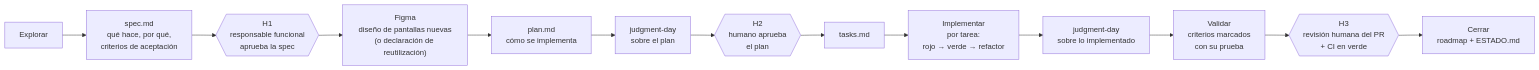
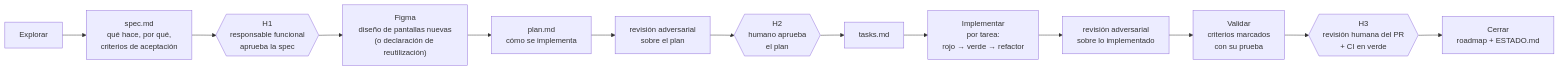
Before and after one commit to jorgearaujoSap/liv: the diagram in docs/arquitectura/05_Gobierno_de_Agentes_IA_y_SDD.md, drawn with Mermaid. The commit also changed other lines of this file and 19 other files, not shown here.

````diff
--- a/docs/arquitectura/05_Gobierno_de_Agentes_IA_y_SDD.md
+++ b/docs/arquitectura/05_Gobierno_de_Agentes_IA_y_SDD.md
@@ -51,15 +51,15 @@
 ```mermaid
 flowchart LR
     E[Explorar] --> S["spec.md<br/>qué hace, por qué,<br/>criterios de aceptación"]
     S --> H1{{"H1<br/>responsable funcional<br/>aprueba la spec"}}
     H1 --> FG["Figma<br/>diseño de pantallas nuevas<br/>(o declaración de reutilización)"]
     FG --> D["plan.md<br/>cómo se implementa"]
-    D --> JD1[judgment-day<br/>sobre el plan]
+    D --> JD1[revisión adversarial<br/>sobre el plan]
     JD1 --> H2{{"H2<br/>humano aprueba<br/>el plan"}}
     H2 --> T[tasks.md]
     T --> A["Implementar<br/>por tarea:<br/>rojo → verde → refactor"]
-    A --> JD2[judgment-day<br/>sobre lo implementado]
+    A --> JD2[revisión adversarial<br/>sobre lo implementado]
     JD2 --> V["Validar<br/>criterios marcados<br/>con su prueba"]
     V --> H3{{"H3<br/>revisión humana del PR<br/>+ CI en verde"}}
     H3 --> AR["Cerrar<br/>roadmap + ESTADO.md"]
 ```
````
